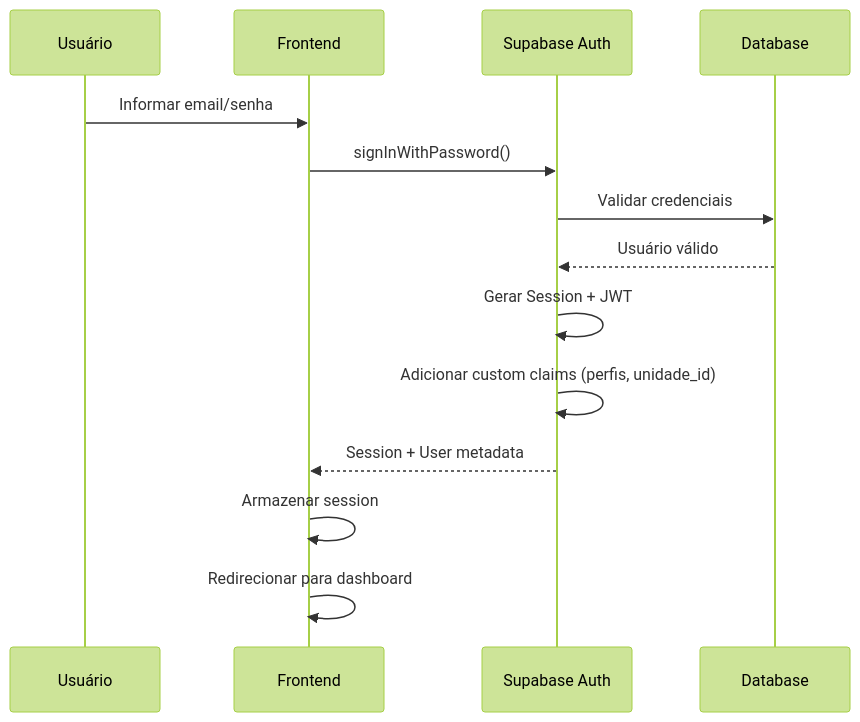
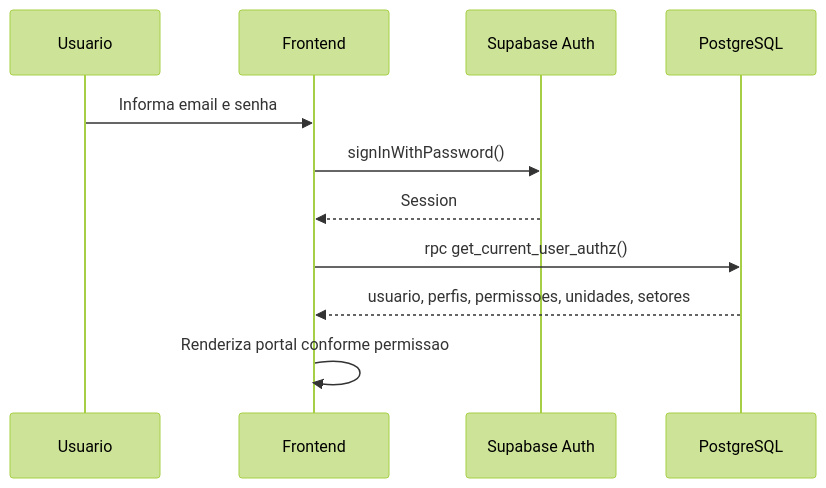
The diagram in docs/04-arquitetura/04-autenticacao-autorizacao.md (marcosroberto-netizen/servidor360), drawn with Mermaid (forest theme) before and after one commit. The commit also changed other lines of this file and 16 other files, not shown here.

````diff
--- a/docs/04-arquitetura/04-autenticacao-autorizacao.md
+++ b/docs/04-arquitetura/04-autenticacao-autorizacao.md
@@ -47,17 +19,14 @@
 ```mermaid
 sequenceDiagram
-    participant U as Usuário
+    participant U as Usuario
     participant F as Frontend
     participant A as Supabase Auth
-    participant D as Database
+    participant D as PostgreSQL
 
-    U->>F: Informar email/senha
+    U->>F: Informa email e senha
     F->>A: signInWithPassword()
-    A->>D: Validar credenciais
-    D-->>A: Usuário válido
-    A->>A: Gerar Session + JWT
-    A->>A: Adicionar custom claims (perfis, unidade_id)
-    A-->>F: Session + User metadata
-    F->>F: Armazenar session
-    F->>F: Redirecionar para dashboard
+    A-->>F: Session
+    F->>D: rpc get_current_user_authz()
+    D-->>F: usuario, perfis, permissoes, unidades, setores
+    F->>F: Renderiza portal conforme permissao
 ```
````
